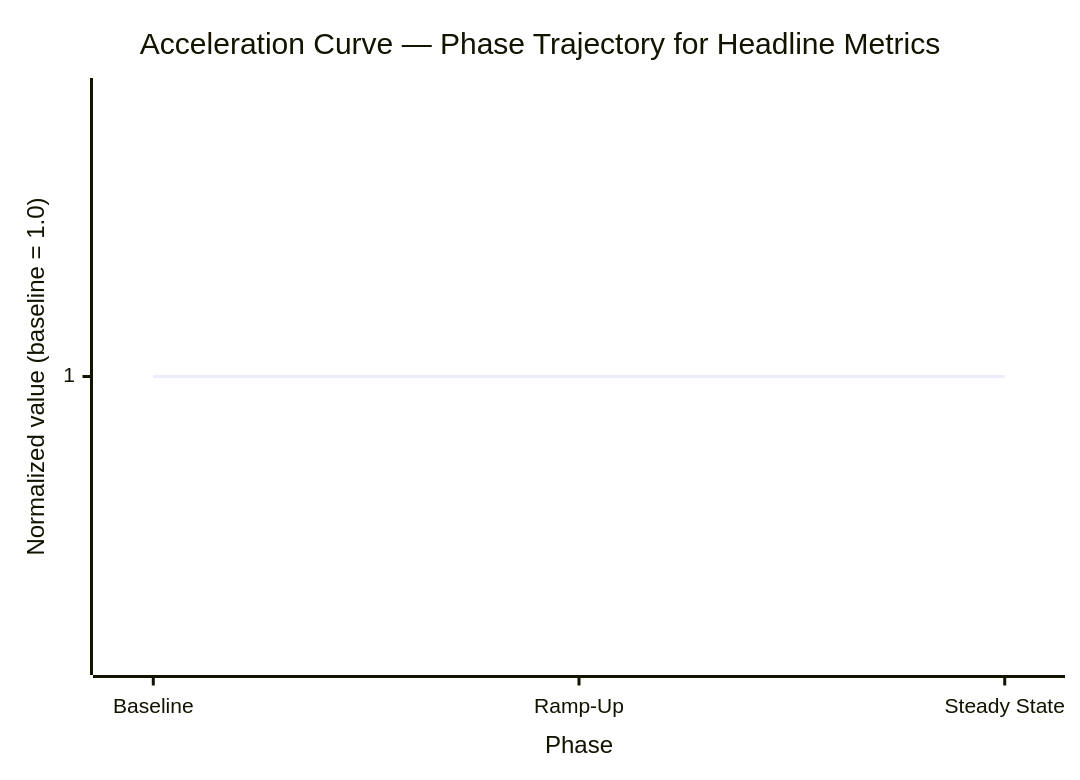
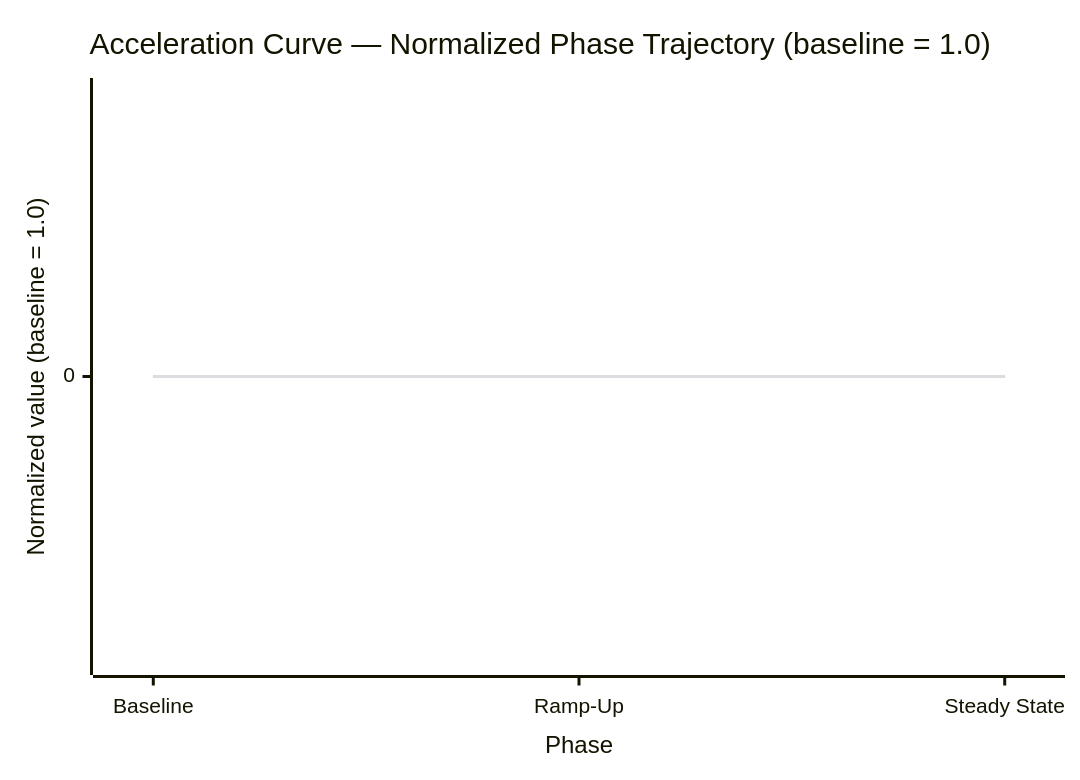
Before and after one commit to Blitzy-Sandbox/blitzy-cal: diagram 16 of 16 in blitzy/reports/acceleration/acceleration-report.md, drawn with Mermaid. The commit also changed other lines of this file and 22 other files, not shown here.

````diff
--- a/blitzy/reports/acceleration/acceleration-report.md
+++ b/blitzy/reports/acceleration/acceleration-report.md
@@ -803,8 +830,11 @@
 ```mermaid
 xychart-beta
-  title "Acceleration Curve — Phase Trajectory for Headline Metrics"
+  title "Acceleration Curve — Normalized Phase Trajectory (baseline = 1.0)"
   x-axis "Phase" ["Baseline","Ramp-Up","Steady State"]
   y-axis "Normalized value (baseline = 1.0)"
-  line [1.0, 1.0, 1.0]
-%% Legend: y-axis is normalized to baseline = 1.0 for cross-metric comparability. Concrete values are computed by build_report.py from data/metric_*.json and rendered into the placeholder values in the source template; phases with insufficient signal contribute a constant baseline value of 1.0.
+  line [0, 0, 0]
+  line [0, 0, 0]
+  line [0, 0, 0]
+  line [0, 0, 0]
+%% Legend: each line is one headline metric normalized to its baseline (baseline=1.0). Series order: M2 Flow Velocity, M7 Flow Time, M9 Releases, M11 Escaped Defects. Generated by build_report.py from data/metric_*.json. M2 Flow Velocity series renders as zeros: baseline missing or zero (insufficient signal). M7 Flow Time series renders as zeros: baseline missing or zero (insufficient signal). M9 Releases series renders as zeros: baseline missing or zero (insufficient signal). M11 Escaped Defects series renders as zeros: baseline missing or zero (insufficient signal).
 ```
````
